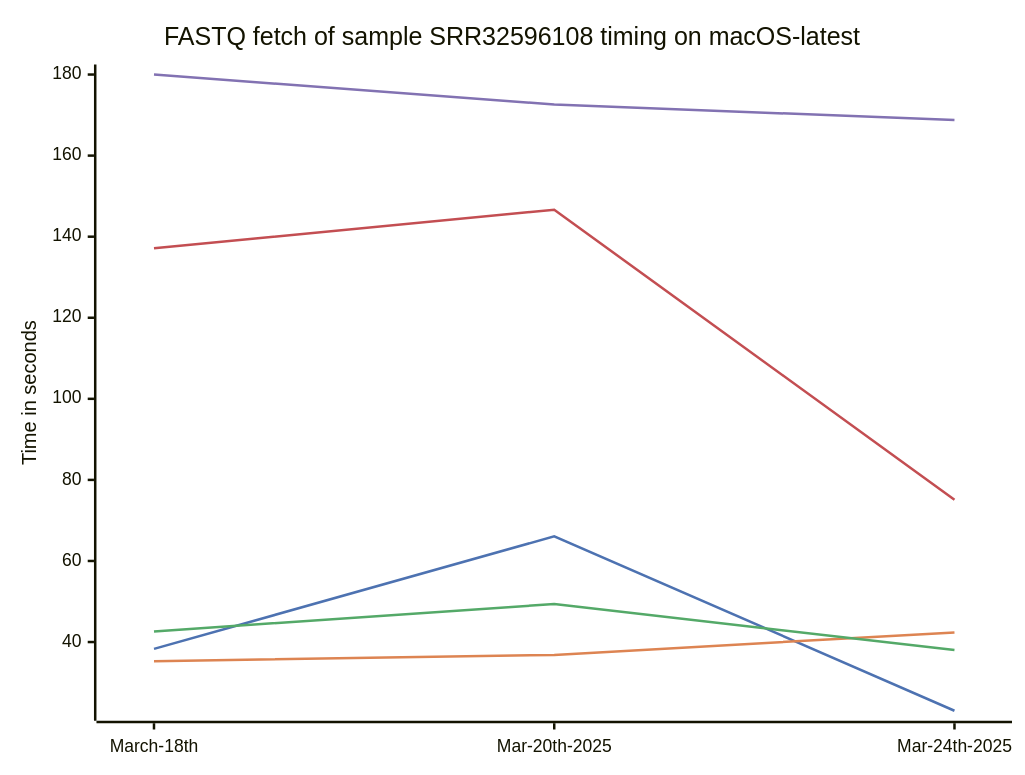
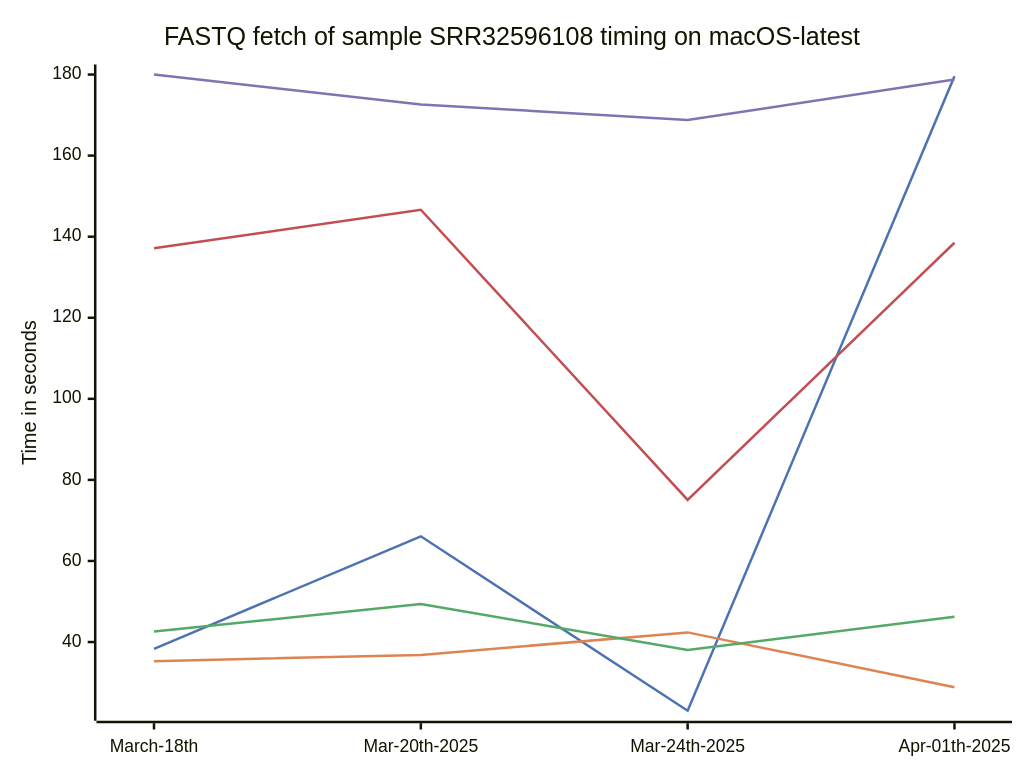
One commit to biermanr/Download_SRA_FASTQ_Benchmarks changed the diagram in README.md. Above: the diagram before and after it, drawn with Mermaid. The commit also changed other lines of this file, not shown here.

Commit message:
Updated timings in README

````diff
--- a/README.md
+++ b/README.md
@@ -12,20 +12,20 @@
 ```mermaid
 ---
 config:
     xyChart:
         width: 800
         height: 600
     themeVariables:
         xyChart:
             plotColorPalette: "#4d72b1,#dd8452,#54a968,#c34e52,#8272b2"
 ---
 xychart-beta
     title "FASTQ fetch of sample SRR32596108 timing on macOS-latest"
-    x-axis [ March-18th, Mar-20th-2025, Mar-24th-2025 ]
+    x-axis [ March-18th, Mar-20th-2025, Mar-24th-2025, Apr-01th-2025 ]
     y-axis "Time in seconds"
-    line "aria2c_EBI_data" [ 38.31, 66.08, 23.05 ]
-    line "prefetch_fasterq-dump_data" [ 35.28, 36.82, 42.38 ]
-    line "aws_fasterq-dump_data" [ 42.61, 49.37, 38.05 ]
-    line "fasterq-dump_only_data" [ 137.12, 146.65, 75.08 ]
-    line "fastq-dump_only_data" [ 180.01, 172.61, 168.79 ]
+    line "aria2c_EBI_data" [ 38.31, 66.08, 23.05, 179.59 ]
+    line "prefetch_fasterq-dump_data" [ 35.28, 36.82, 42.38, 28.86 ]
+    line "aws_fasterq-dump_data" [ 42.61, 49.37, 38.05, 46.24 ]
+    line "fasterq-dump_only_data" [ 137.12, 146.65, 75.08, 138.50 ]
+    line "fastq-dump_only_data" [ 180.01, 172.61, 168.79, 178.75 ]
  ```
````
